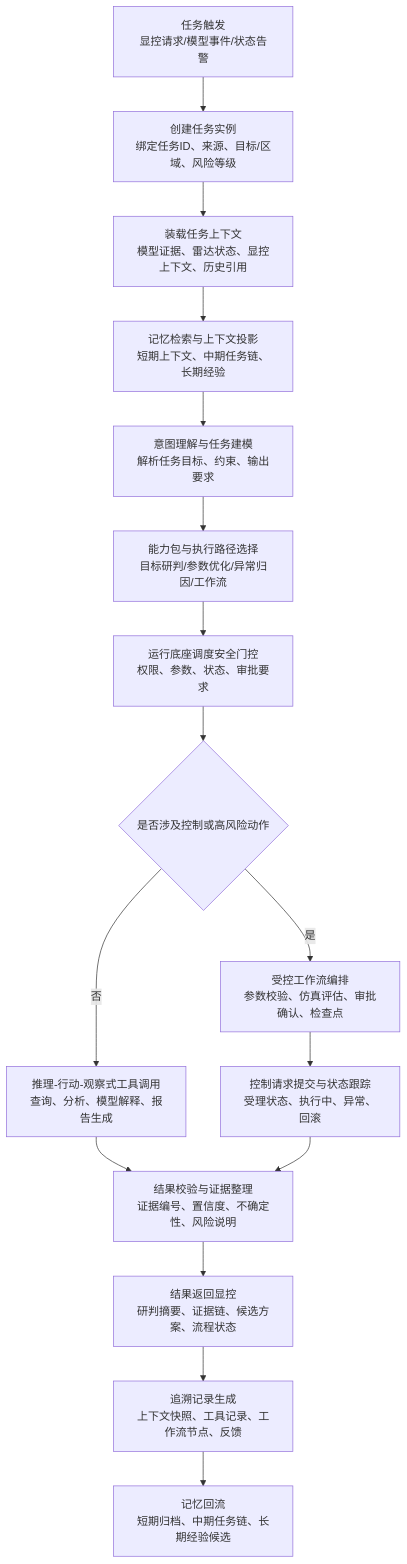
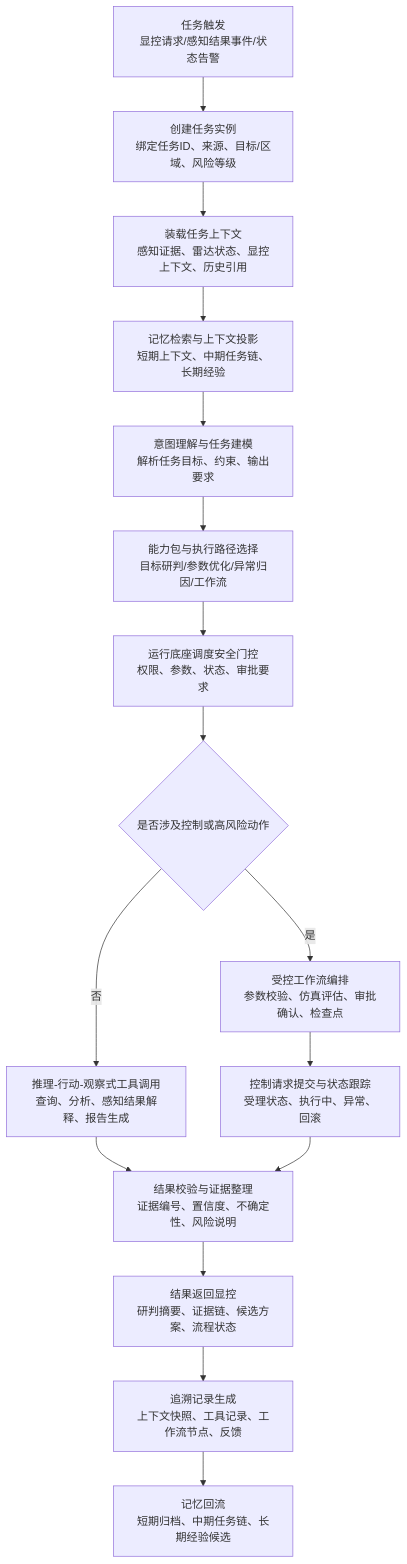
One commit to StormSeven1/obsidian-vault changed the second of 7 diagrams in radar agent/4.3.3.2 LD智能体子系统技术方案.md. Above: the diagram before and after it, drawn with Mermaid. The commit also changed other lines of this file, not shown here.

````diff
--- a/radar agent/4.3.3.2 LD智能体子系统技术方案.md
+++ b/radar agent/4.3.3.2 LD智能体子系统技术方案.md
@@ -68,18 +68,18 @@
 ```mermaid
 flowchart TD
-    A[任务触发<br/>显控请求/模型事件/状态告警] --> B[创建任务实例<br/>绑定任务ID、来源、目标/区域、风险等级]
-    B --> C[装载任务上下文<br/>模型证据、雷达状态、显控上下文、历史引用]
+    A[任务触发<br/>显控请求/感知结果事件/状态告警] --> B[创建任务实例<br/>绑定任务ID、来源、目标/区域、风险等级]
+    B --> C[装载任务上下文<br/>感知证据、雷达状态、显控上下文、历史引用]
     C --> D[记忆检索与上下文投影<br/>短期上下文、中期任务链、长期经验]
     D --> E[意图理解与任务建模<br/>解析任务目标、约束、输出要求]
     E --> F[能力包与执行路径选择<br/>目标研判/参数优化/异常归因/工作流]
     F --> G[运行底座调度安全门控<br/>权限、参数、状态、审批要求]
     G --> R{是否涉及控制或高风险动作}
-    R -- 否 --> H[推理-行动-观察式工具调用<br/>查询、分析、模型解释、报告生成]
+    R -- 否 --> H[推理-行动-观察式工具调用<br/>查询、分析、感知结果解释、报告生成]
     R -- 是 --> I[受控工作流编排<br/>参数校验、仿真评估、审批确认、检查点]
     H --> J[结果校验与证据整理<br/>证据编号、置信度、不确定性、风险说明]
     I --> Q[控制请求提交与状态跟踪<br/>受理状态、执行中、异常、回滚]
     Q --> J
     J --> K[结果返回显控<br/>研判摘要、证据链、候选方案、流程状态]
     K --> L[追溯记录生成<br/>上下文快照、工具记录、工作流节点、反馈]
     L --> M[记忆回流<br/>短期归档、中期任务链、长期经验候选]
 ```
````
